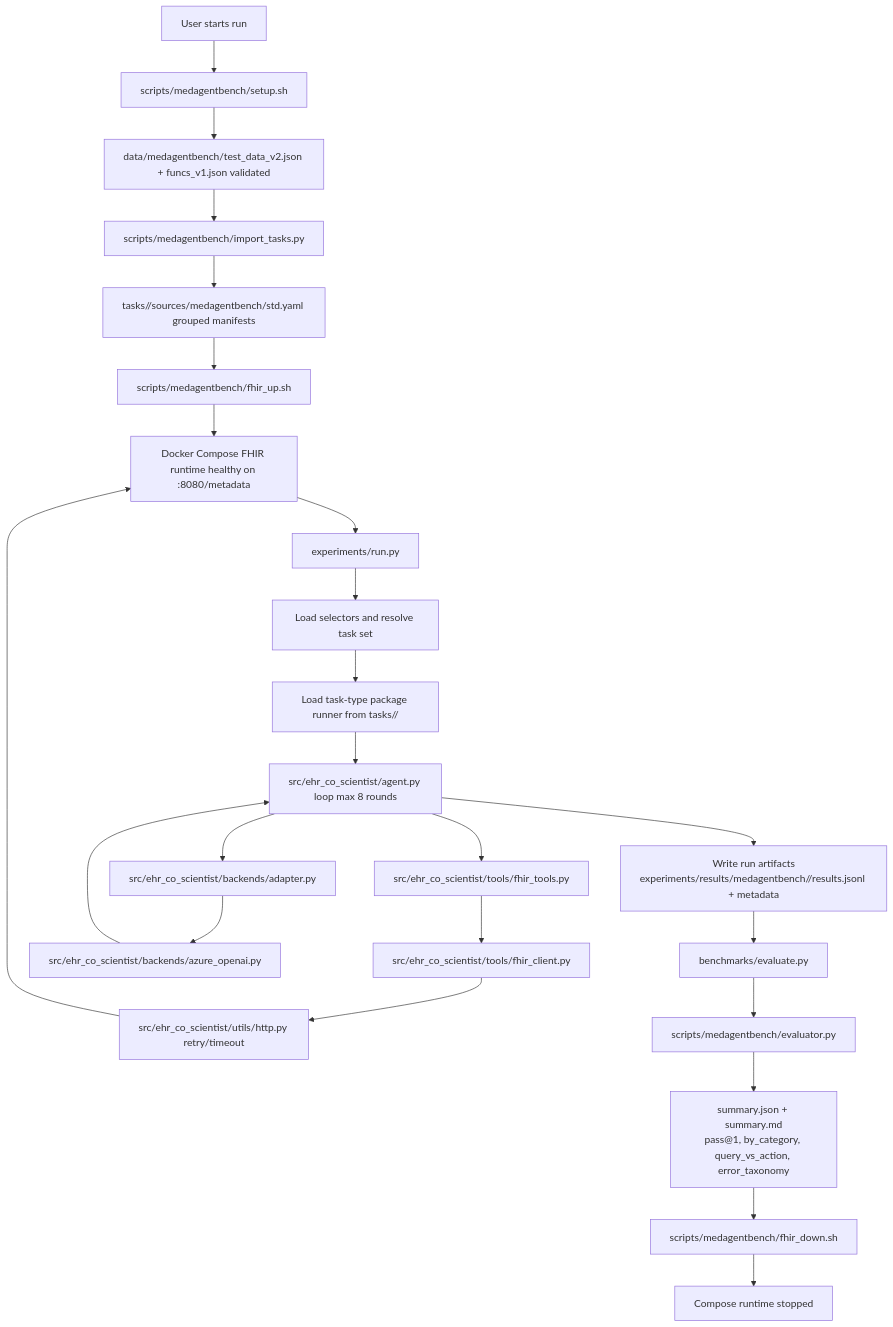
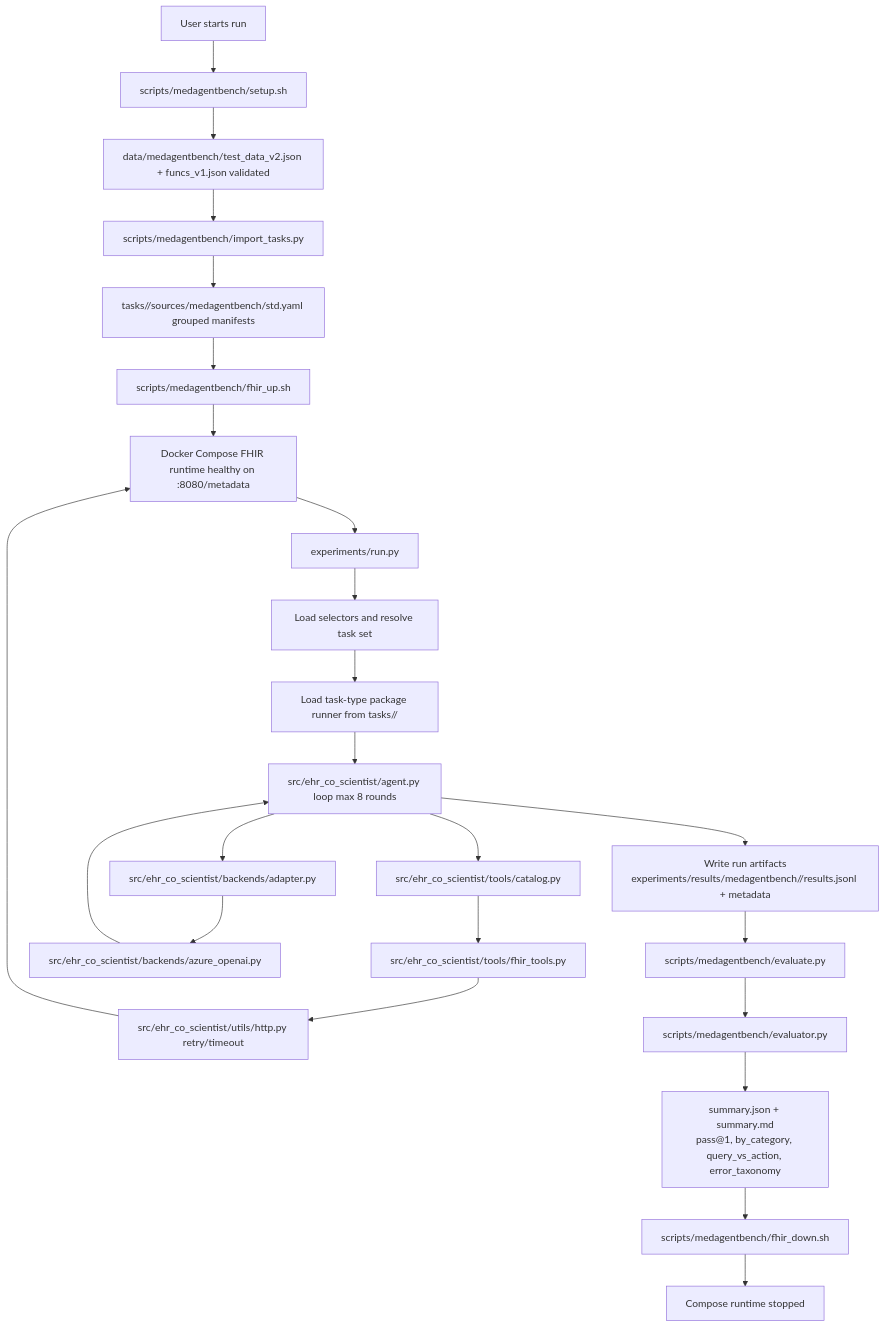
One commit to microsoft/HealthAgentBench changed the diagram in design/figures/medagentbench_execution_workflow.md. Above: the diagram before and after it, drawn with Mermaid. The commit also changed 23 other files, not shown here.

````diff
--- a/design/figures/medagentbench_execution_workflow.md
+++ b/design/figures/medagentbench_execution_workflow.md
@@ -3,32 +3,32 @@
 ```mermaid
 flowchart TD
     A[User starts run] --> B[scripts/medagentbench/setup.sh]
     B --> C[data/medagentbench/test_data_v2.json + funcs_v1.json validated]
     C --> D[scripts/medagentbench/import_tasks.py]
     D --> E[tasks/<task_type>/sources/medagentbench/std.yaml grouped manifests]
 
     E --> F[scripts/medagentbench/fhir_up.sh]
     F --> G[Docker Compose FHIR runtime healthy on :8080/metadata]
 
     G --> H[experiments/run.py]
     H --> I[Load selectors and resolve task set]
     I --> J[Load task-type package runner from tasks/<task_type>/]
     J --> K[src/ehr_co_scientist/agent.py loop max 8 rounds]
 
-    K --> L[src/ehr_co_scientist/tools/fhir_tools.py]
-    L --> M[src/ehr_co_scientist/tools/fhir_client.py]
+    K --> L[src/ehr_co_scientist/tools/catalog.py]
+    L --> M[src/ehr_co_scientist/tools/fhir_tools.py]
     M --> N[src/ehr_co_scientist/utils/http.py retry/timeout]
     N --> G
 
     K --> O[src/ehr_co_scientist/backends/adapter.py]
     O --> P[src/ehr_co_scientist/backends/azure_openai.py]
     P --> K
 
     K --> Q[Write run artifacts\nexperiments/results/medagentbench/<run-id>/results.jsonl + metadata]
-    Q --> R[benchmarks/evaluate.py]
+    Q --> R[scripts/medagentbench/evaluate.py]
     R --> S[scripts/medagentbench/evaluator.py]
     S --> T[summary.json + summary.md\npass@1, by_category, query_vs_action, error_taxonomy]
 
     T --> U[scripts/medagentbench/fhir_down.sh]
     U --> V[Compose runtime stopped]
 ```
````
